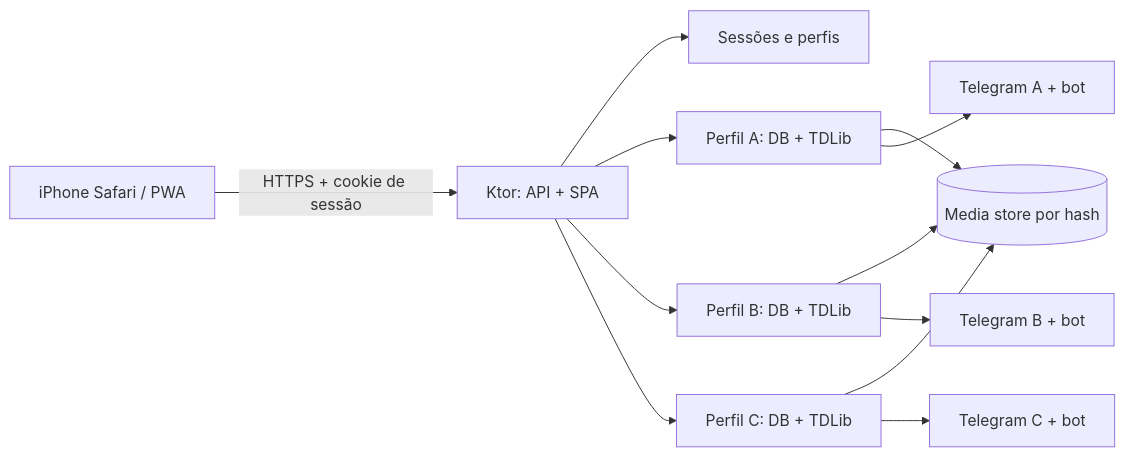
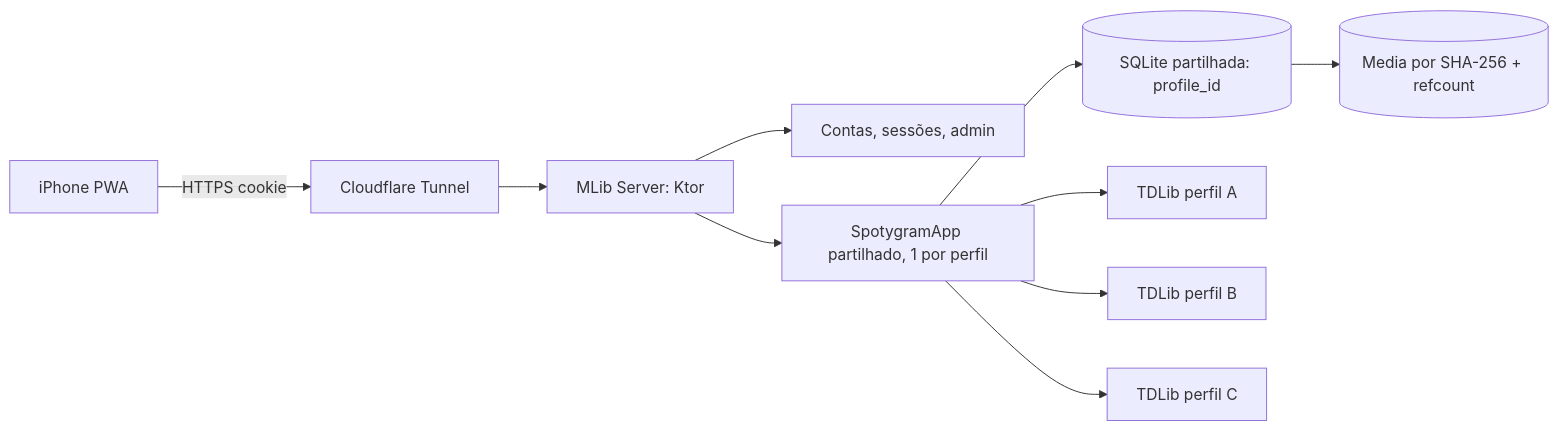
Before and after one commit to ginjeira/MLib: the diagram in docs/mlib/SERVER-PROPOSAL.md, drawn with Mermaid. The commit also changed other lines of this file, not shown here.

Commit message:
docs: revise server proposal with reuse inventory and realistic estimate

````diff
--- a/docs/mlib/SERVER-PROPOSAL.md
+++ b/docs/mlib/SERVER-PROPOSAL.md
@@ -27,14 +41,12 @@
 ```mermaid
 flowchart LR
-  Phone[iPhone Safari / PWA] -->|HTTPS + cookie de sessão| Web[Ktor: API + SPA]
-  Web --> Auth[Sessões e perfis]
-  Web --> P1[Perfil A: DB + TDLib]
-  Web --> P2[Perfil B: DB + TDLib]
-  Web --> P3[Perfil C: DB + TDLib]
-  P1 --> Media[(Media store por hash)]
-  P2 --> Media
-  P3 --> Media
-  P1 --> TG[Telegram A + bot]
-  P2 --> TG2[Telegram B + bot]
-  P3 --> TG3[Telegram C + bot]
+  iOS[iPhone PWA] -->|HTTPS cookie| CF[Cloudflare Tunnel]
+  CF --> Srv[MLib Server: Ktor]
+  Srv --> Auth[Contas, sessões, admin]
+  Srv --> App[SpotygramApp partilhado, 1 por perfil]
+  App --> DB[(SQLite partilhada: profile_id)]
+  App --> TD1[TDLib perfil A]
+  App --> TD2[TDLib perfil B]
+  App --> TD3[TDLib perfil C]
+  DB --> Media[(Media por SHA-256 + refcount)]
 ```
````
